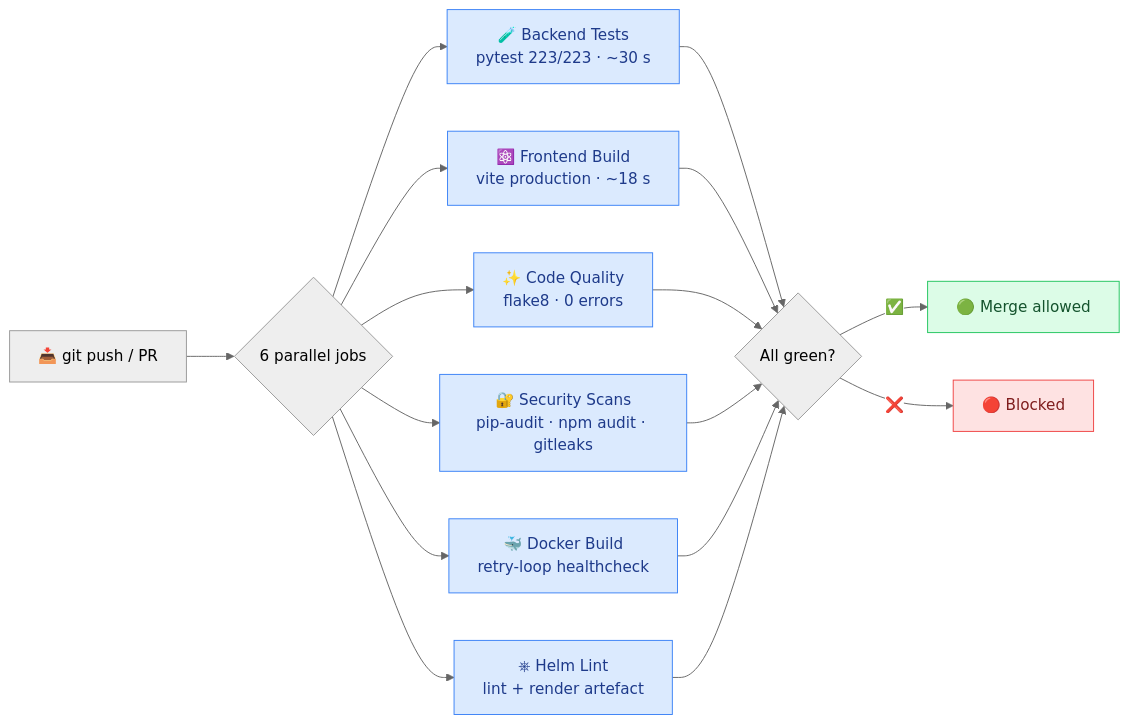
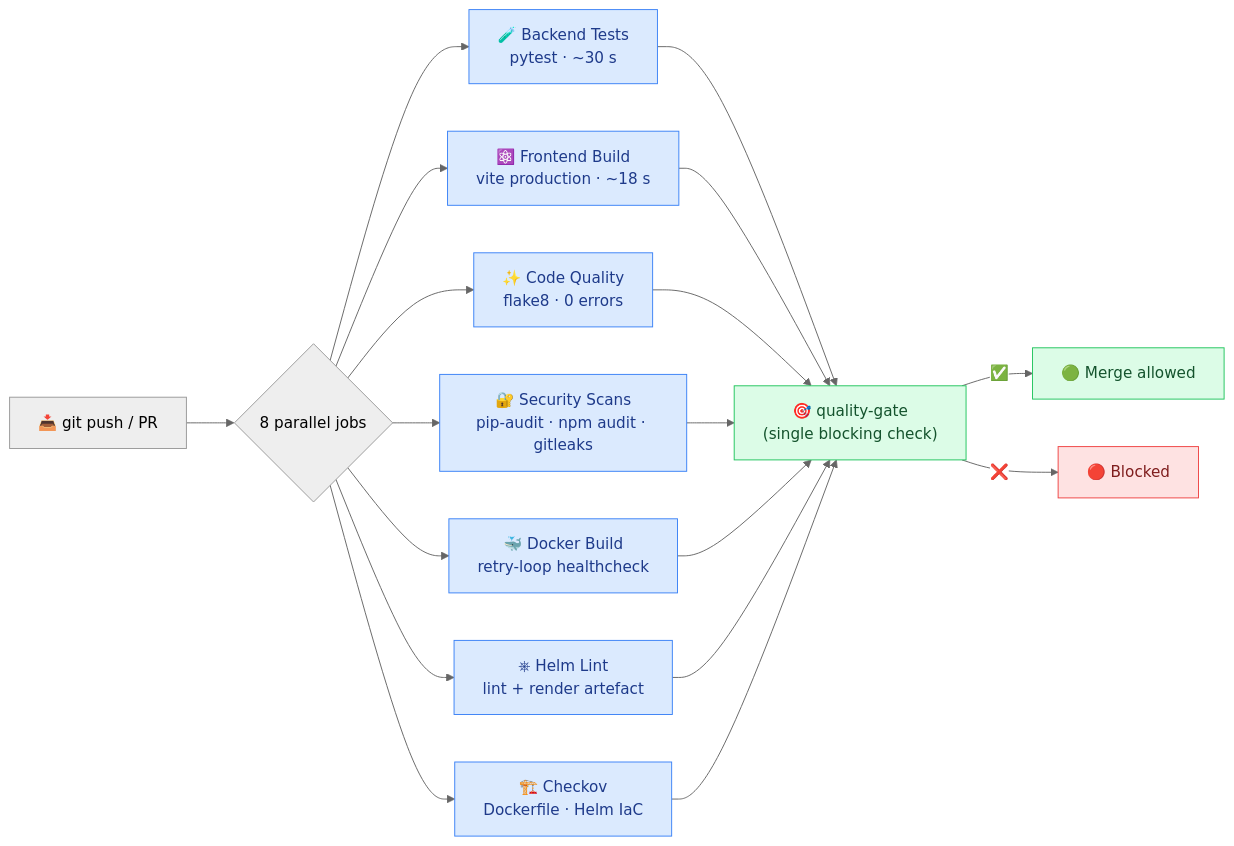
The tenth of 12 diagrams in README.md (omarbabba779xx/CyberTwin-SOC), drawn with Mermaid (neutral theme) before and after one commit. The commit also changed other lines of this file and 28 other files, not shown here.

First line of the commit message:
feat(v3.1.0): JWT revocation+refresh, API split 12 routers, nginx-unprivileged, SQLAlchemy+Alembic, AI tests, CI quality-gate

````diff
--- a/README.md
+++ b/README.md
@@ -649,22 +652,23 @@
 ```mermaid
 flowchart LR
-    PUSH["📥 git push / PR"] --> JOBS{6 parallel jobs}
+    PUSH["📥 git push / PR"] --> JOBS{8 parallel jobs}
 
-    JOBS --> J1["🧪 Backend Tests<br/>pytest 223/223 · ~30 s"]
+    JOBS --> J1["🧪 Backend Tests<br/>pytest · ~30 s"]
     JOBS --> J2["⚛️ Frontend Build<br/>vite production · ~18 s"]
     JOBS --> J3["✨ Code Quality<br/>flake8 · 0 errors"]
     JOBS --> J4["🔐 Security Scans<br/>pip-audit · npm audit · gitleaks"]
     JOBS --> J5["🐳 Docker Build<br/>retry-loop healthcheck"]
     JOBS --> J6["⎈ Helm Lint<br/>lint + render artefact"]
+    JOBS --> J7["🏗️ Checkov<br/>Dockerfile · Helm IaC"]
 
-    J1 & J2 & J3 & J4 & J5 & J6 --> GATE{All green?}
-    GATE -->|✅| MERGE["🟢 Merge allowed"]
-    GATE -->|❌| BLOCK["🔴 Blocked"]
+    J1 & J2 & J3 & J4 & J5 & J6 & J7 --> QG["🎯 quality-gate<br/>(single blocking check)"]
+    QG -->|✅| MERGE["🟢 Merge allowed"]
+    QG -->|❌| BLOCK["🔴 Blocked"]
 
     classDef job fill:#dbeafe,stroke:#3b82f6,color:#1e3a8a
     classDef pass fill:#dcfce7,stroke:#22c55e,color:#14532d
     classDef fail fill:#fee2e2,stroke:#ef4444,color:#7f1d1d
-    class J1,J2,J3,J4,J5,J6 job
-    class MERGE pass
+    class J1,J2,J3,J4,J5,J6,J7 job
+    class QG,MERGE pass
     class BLOCK fail
 ```
````
